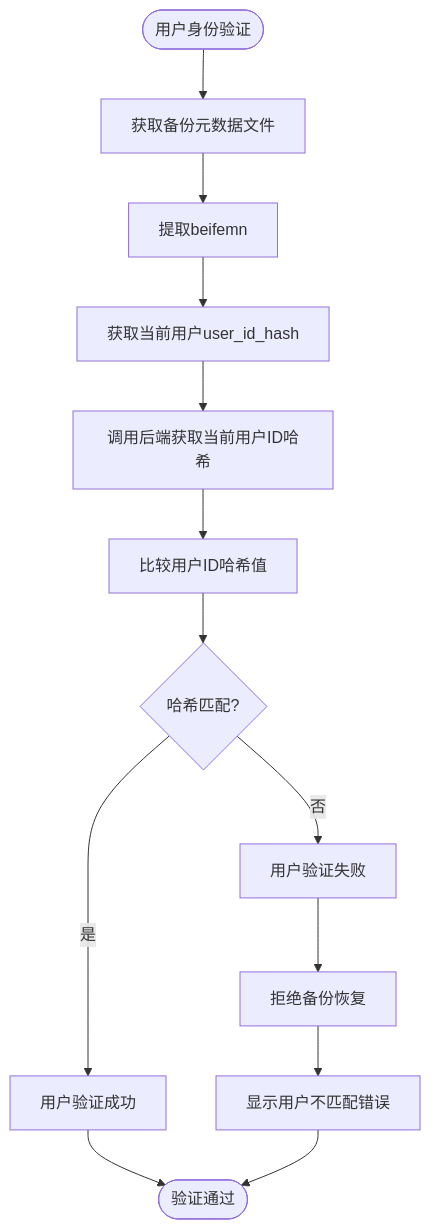
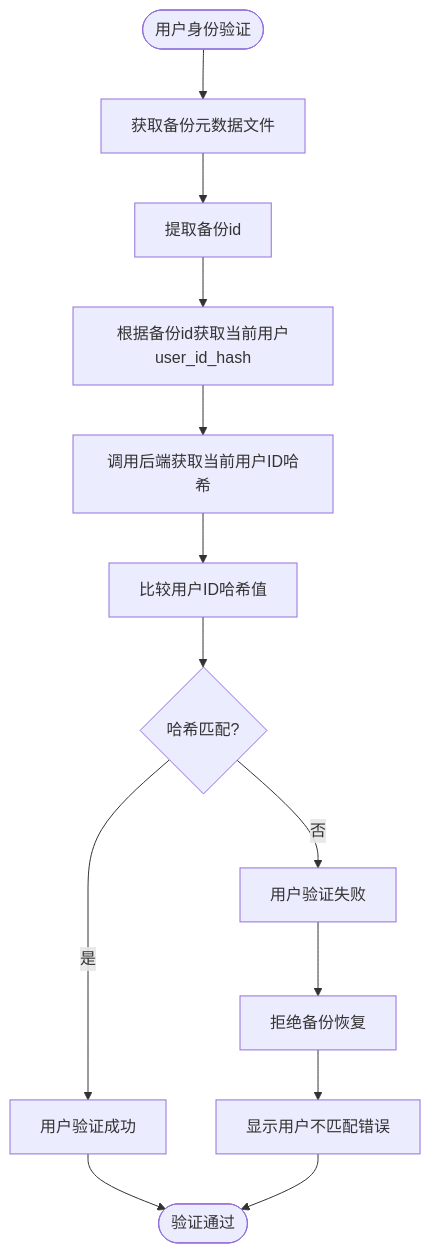
The diagram in all/未命名-60.md (yingjianzh/iodraw-files), drawn with Mermaid before and after one commit.

Commit message:
2025-05-15 15:09:04 update

````diff
--- a/all/未命名-60.md
+++ b/all/未命名-60.md
@@ -1,21 +1,21 @@
 ```mermaid
 
 flowchart TD
     Start([用户身份验证]) --> DecryptMetadata[获取备份元数据文件]
-    DecryptMetadata --> ExtractUserHash[提取beifemn]
-    ExtractUserHash --> GetCurrentUser[获取当前用户user_id_hash]
+    DecryptMetadata --> ExtractUserHash[提取备份id]
+    ExtractUserHash --> GetCurrentUser[根据备份id获取当前用户user_id_hash]
     
     GetCurrentUser --> HashCurrentUser[调用后端获取当前用户ID哈希]
     HashCurrentUser --> CompareHashes[比较用户ID哈希值]
     
     CompareHashes --> HashMatch{哈希匹配?}
     HashMatch -->|是| VerifySuccess[用户验证成功]
     HashMatch -->|否| VerifyFailure[用户验证失败]
     
     VerifySuccess --> End([验证通过])
     VerifyFailure --> RejectBackup[拒绝备份恢复]
     RejectBackup --> ShowUserError[显示用户不匹配错误]
     
     ShowUserError --> End
 
 ```
````
